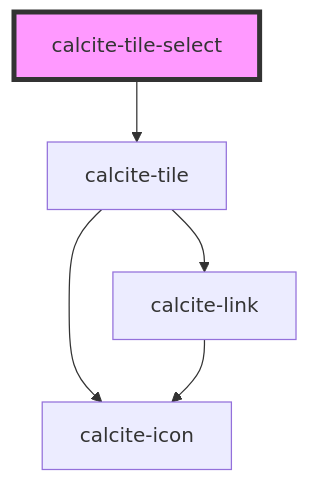
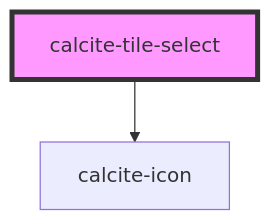
Before and after one commit to vikivakarvc/calcite-design-system: the diagram in packages/calcite-components/src/components/tile-select/readme.md, drawn with Mermaid. The commit also changed other lines of this file and 64 other files, not shown here.

````diff
--- a/packages/calcite-components/src/components/tile-select/readme.md
+++ b/packages/calcite-components/src/components/tile-select/readme.md
@@ -70,8 +70,5 @@
 ```mermaid
 graph TD;
-  calcite-tile-select --> calcite-tile
-  calcite-tile --> calcite-icon
-  calcite-tile --> calcite-link
-  calcite-link --> calcite-icon
+  calcite-tile-select --> calcite-icon
   style calcite-tile-select fill:#f9f,stroke:#333,stroke-width:4px
 ```
````
